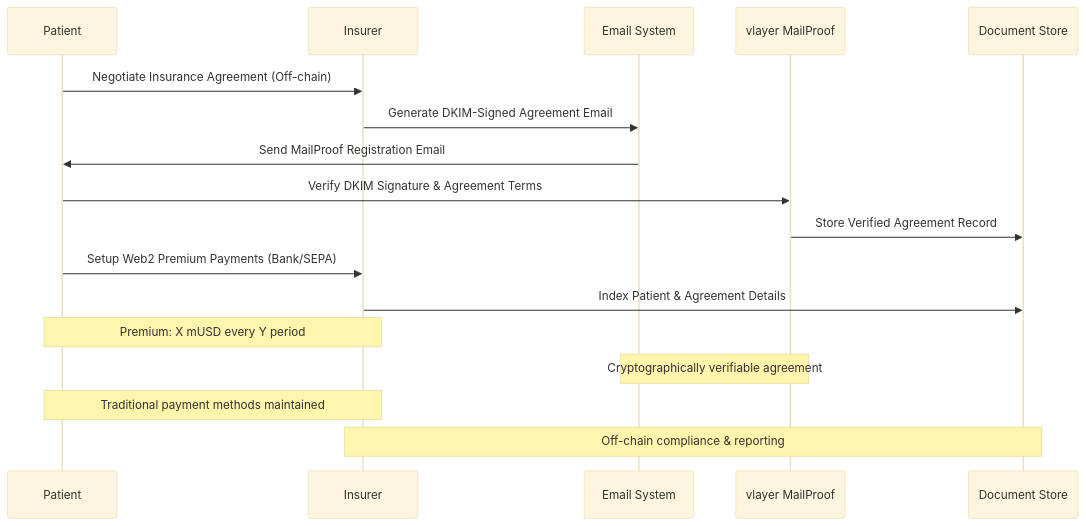
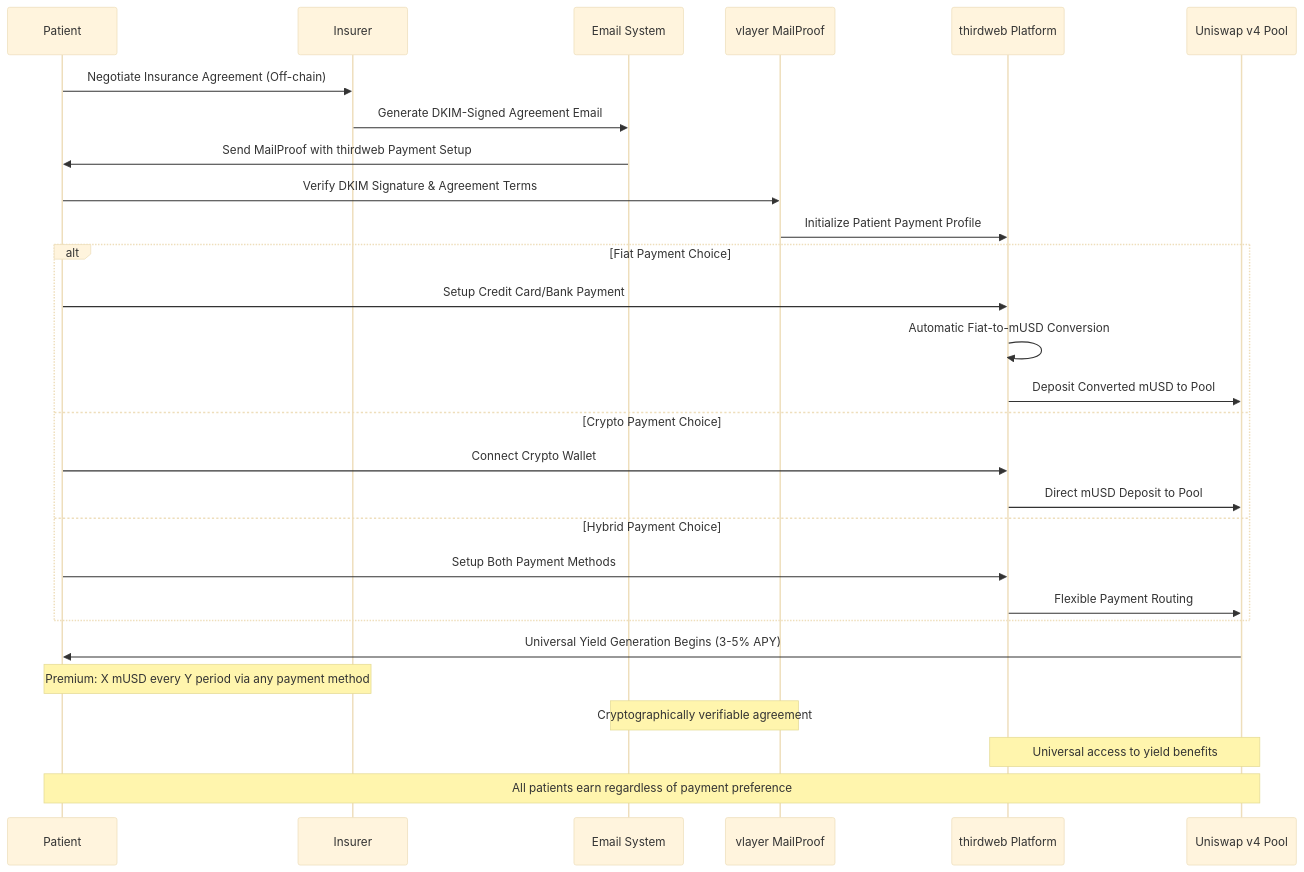
One commit to ppezzull/zkMed changed the second of 18 diagrams in memory-bank/systemPatterns.md. Above: the diagram before and after it, drawn with Mermaid (base theme). The commit also changed other lines of this file and 3 other files, not shown here.

````diff
--- a/memory-bank/systemPatterns.md
+++ b/memory-bank/systemPatterns.md
@@ -62,21 +62,34 @@
 ```mermaid
 sequenceDiagram
     participant P as Patient
     participant I as Insurer
     participant E as Email System
     participant V as vlayer MailProof
-    participant D as Document Store
+    participant T as thirdweb Platform
+    participant U as Uniswap v4 Pool
 
     P->>I: Negotiate Insurance Agreement (Off-chain)
     I->>E: Generate DKIM-Signed Agreement Email
-    E->>P: Send MailProof Registration Email
+    E->>P: Send MailProof with thirdweb Payment Setup
     P->>V: Verify DKIM Signature & Agreement Terms
-    V->>D: Store Verified Agreement Record
-    P->>I: Setup Web2 Premium Payments (Bank/SEPA)
-    I->>D: Index Patient & Agreement Details
+    V->>T: Initialize Patient Payment Profile
     
-    Note over P,I: Premium: X mUSD every Y period
+    alt Fiat Payment Choice
+        P->>T: Setup Credit Card/Bank Payment
+        T->>T: Automatic Fiat-to-mUSD Conversion
+        T->>U: Deposit Converted mUSD to Pool
+    else Crypto Payment Choice
+        P->>T: Connect Crypto Wallet
+        T->>U: Direct mUSD Deposit to Pool
+    else Hybrid Payment Choice
+        P->>T: Setup Both Payment Methods
+        T->>U: Flexible Payment Routing
+    end
+    
+    U->>P: Universal Yield Generation Begins (3-5% APY)
+    
+    Note over P,I: Premium: X mUSD every Y period via any payment method
     Note over E,V: Cryptographically verifiable agreement
-    Note over P,I: Traditional payment methods maintained
-    Note over I,D: Off-chain compliance & reporting
+    Note over T,U: Universal access to yield benefits
+    Note over U,P: All patients earn regardless of payment preference
 ```
````
